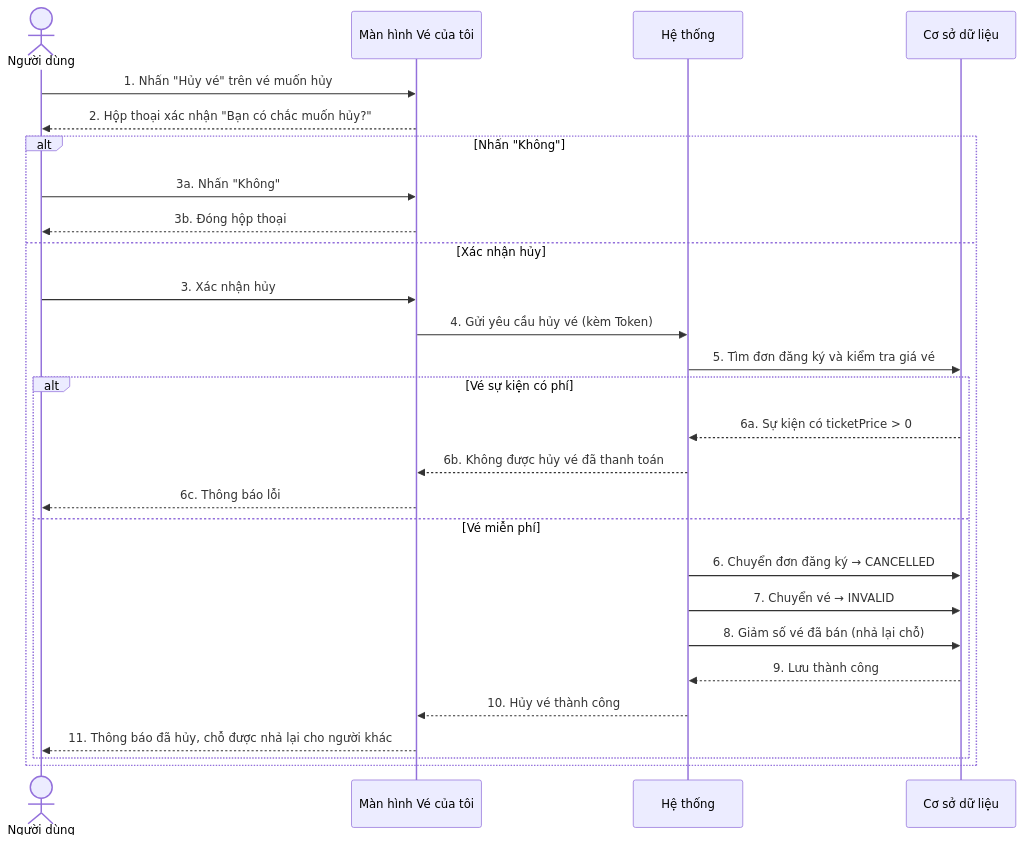
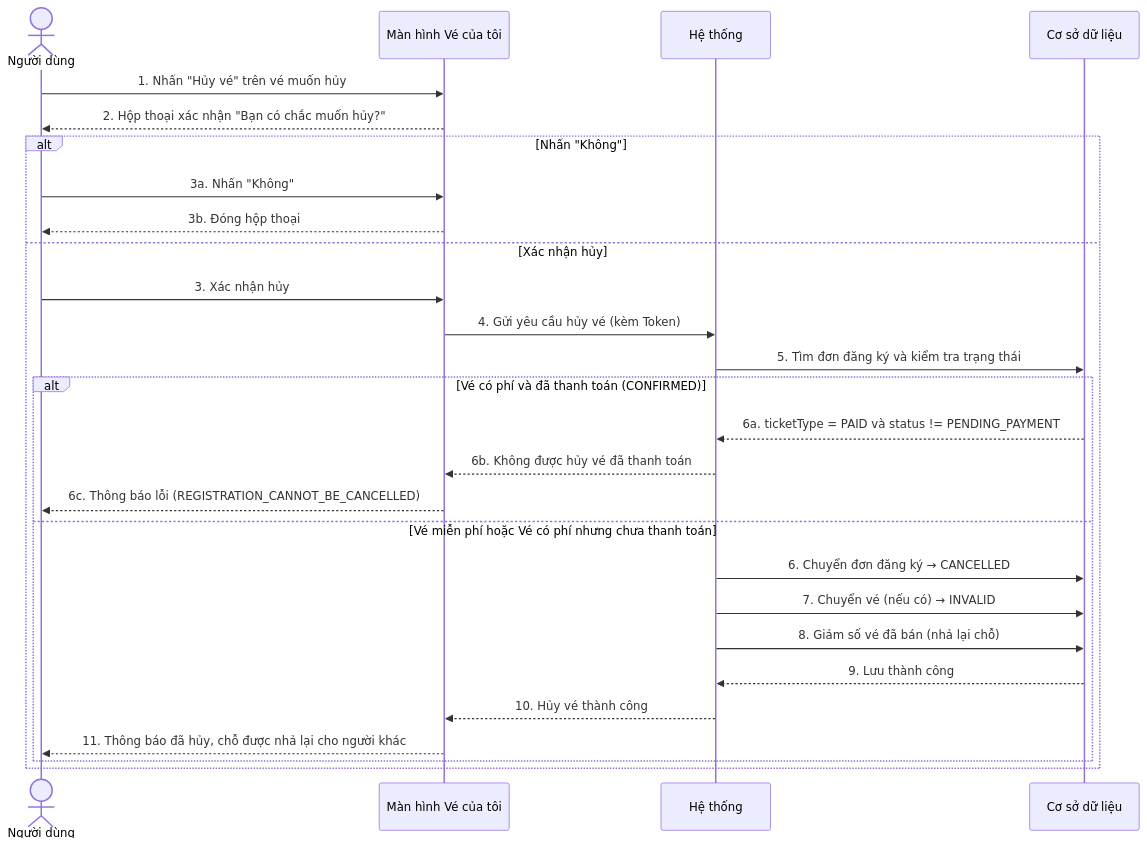
One commit to ChuDucAnh21/BE-quan-ly-su-kien changed the fourth of 12 diagrams in doc/system_analysis/sequence diagram/05d_sequence_payment_checkin.md. Above: the diagram before and after it, drawn with Mermaid. The commit also changed other lines of this file and 22 other files, not shown here.

````diff
--- a/doc/system_analysis/sequence diagram/05d_sequence_payment_checkin.md
+++ b/doc/system_analysis/sequence diagram/05d_sequence_payment_checkin.md
@@ -109,30 +109,30 @@
 ```mermaid
 sequenceDiagram
     actor User as Người dùng
     participant UI as Màn hình Vé của tôi
     participant HT as Hệ thống
     participant DB as Cơ sở dữ liệu
 
     User->>UI: 1. Nhấn "Hủy vé" trên vé muốn hủy
     UI-->>User: 2. Hộp thoại xác nhận "Bạn có chắc muốn hủy?"
     alt Nhấn "Không"
         User->>UI: 3a. Nhấn "Không"
         UI-->>User: 3b. Đóng hộp thoại
     else Xác nhận hủy
         User->>UI: 3. Xác nhận hủy
         UI->>HT: 4. Gửi yêu cầu hủy vé (kèm Token)
-        HT->>DB: 5. Tìm đơn đăng ký và kiểm tra giá vé
-        alt Vé sự kiện có phí
-            DB-->>HT: 6a. Sự kiện có ticketPrice > 0
+        HT->>DB: 5. Tìm đơn đăng ký và kiểm tra trạng thái
+        alt Vé có phí và đã thanh toán (CONFIRMED)
+            DB-->>HT: 6a. ticketType = PAID và status != PENDING_PAYMENT
             HT-->>UI: 6b. Không được hủy vé đã thanh toán
-            UI-->>User: 6c. Thông báo lỗi
-        else Vé miễn phí
+            UI-->>User: 6c. Thông báo lỗi (REGISTRATION_CANNOT_BE_CANCELLED)
+        else Vé miễn phí hoặc Vé có phí nhưng chưa thanh toán
             HT->>DB: 6. Chuyển đơn đăng ký → CANCELLED
-            HT->>DB: 7. Chuyển vé → INVALID
+            HT->>DB: 7. Chuyển vé (nếu có) → INVALID
             HT->>DB: 8. Giảm số vé đã bán (nhả lại chỗ)
             DB-->>HT: 9. Lưu thành công
             HT-->>UI: 10. Hủy vé thành công
             UI-->>User: 11. Thông báo đã hủy, chỗ được nhả lại cho người khác
         end
     end
 ```
````
